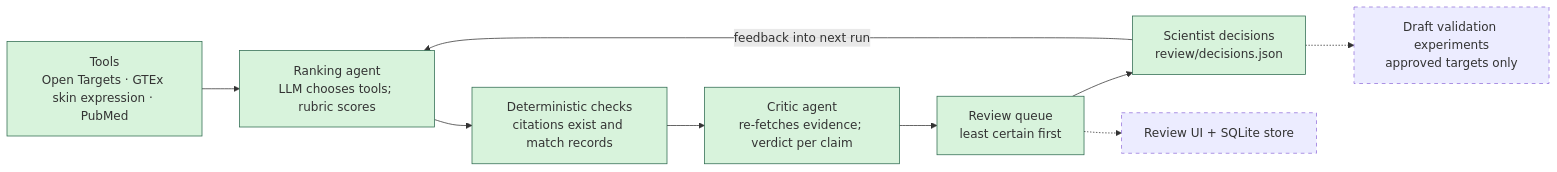
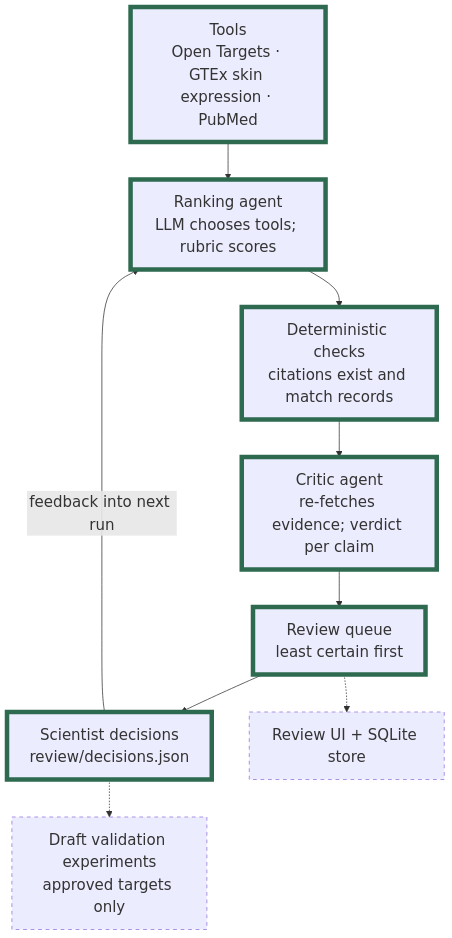
The diagram in README.md (yukapooka/target-evidence-agent), drawn with Mermaid before and after one commit. The commit also changed other lines of this file, not shown here.

Commit message:
Short README; add example run and trace; remove build-day references from comments

````diff
--- a/README.md
+++ b/README.md
@@ -18,16 +18,17 @@
 ```mermaid
-flowchart LR
+%%{init: {"themeVariables": {"fontSize": "20px"}}}%%
+flowchart TD
     T["Tools<br/>Open Targets · GTEx skin expression · PubMed"] --> R["Ranking agent<br/>LLM chooses tools; rubric scores"]
     R --> D["Deterministic checks<br/>citations exist and match records"]
     D --> C["Critic agent<br/>re-fetches evidence; verdict per claim"]
     C --> Q["Review queue<br/>least certain first"]
     Q --> H["Scientist decisions<br/>review/decisions.json"]
     H -->|feedback into next run| R
     H -.-> E["Draft validation experiments<br/>approved targets only"]
     Q -.-> U["Review UI + SQLite store"]
 
-    classDef built fill:#d8f3dc,stroke:#2d6a4f;
+    classDef built stroke:#2d6a4f,stroke-width:6px;
     classDef planned stroke-dasharray: 5 5;
     class T,R,D,C,Q,H built;
     class E,U planned;
 ```
````
